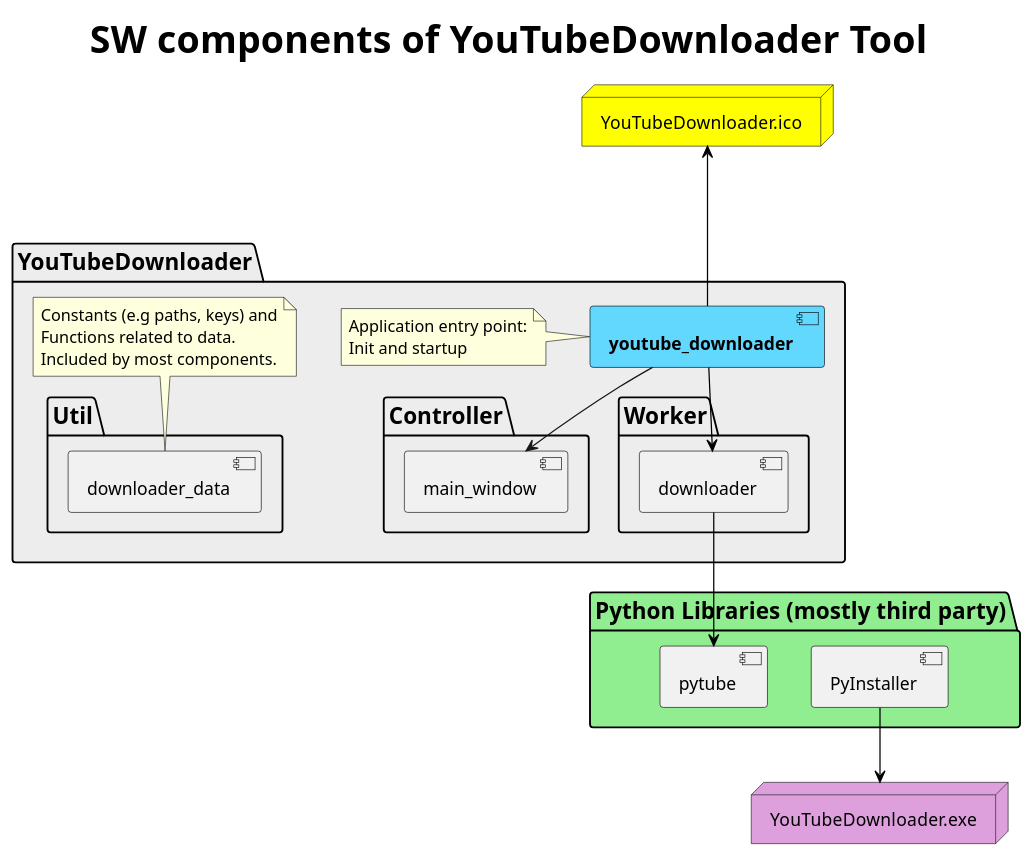
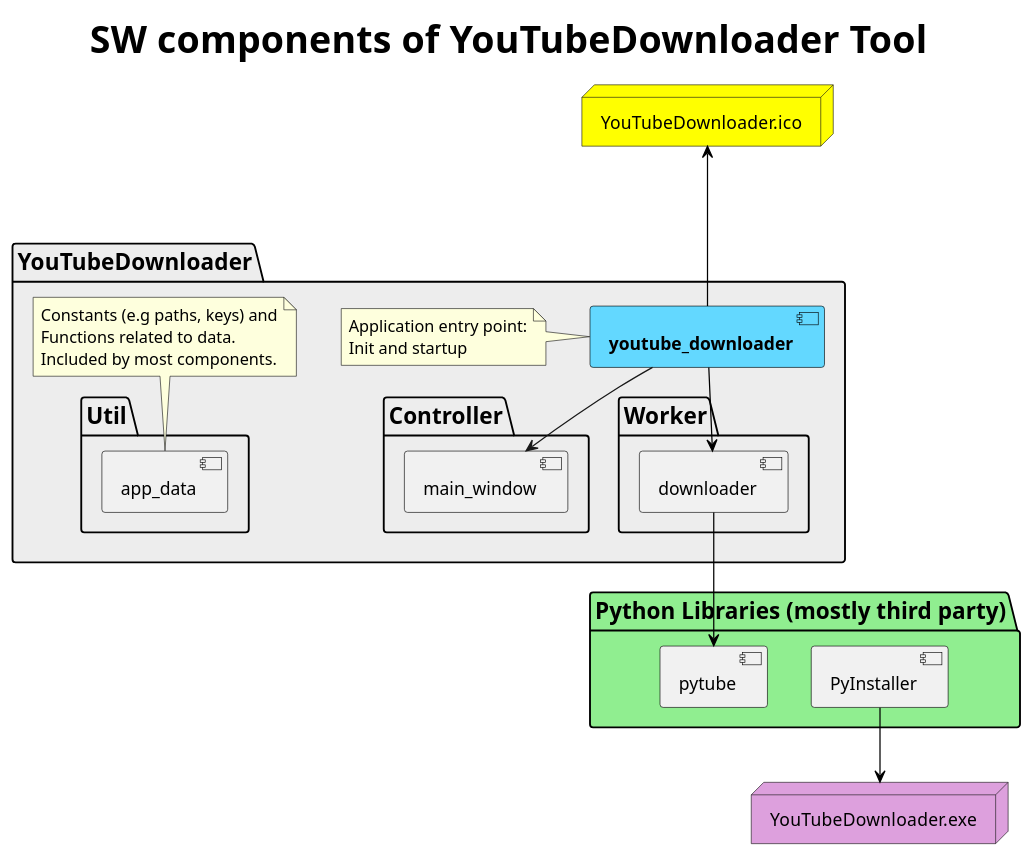
One commit to timounger/YouTubeDownloader changed the diagram in inline_umlgraph_svghtml.pu. Above: the diagram before and after it, drawn with PlantUML. The commit also changed 502 other files, not shown here.

```diff
--- a/inline_umlgraph_svghtml.pu
+++ b/inline_umlgraph_svghtml.pu
@@ -1,49 +1,49 @@
 @startuml cdYouTubeDownloaderSWComponents.svg
 skinparam titleFontSize 30
 skinparam titleFontStyle bold
 skinparam packageBorderColor black
 skinparam packageFontSize 18
 skinparam groupFontStyle bold
 skinparam componentBorderColor black
 skinparam interfaceBorderColor black
 skinparam CollectionsBorderColor black
 
 title SW components of YouTubeDownloader Tool
 
 node "YouTubeDownloader.ico" as icon #yellow
 
 package "YouTubeDownloader" as YtDl #ededed {
   component "**youtube_downloader**" as youtube_downloader #63d8ff
   note left of youtube_downloader
     Application entry point:
     Init and startup
   end note
   package "Controller" as controller {
     [main_window]
   }
   package "Util" as util {
-    [downloader_data] as data
+    [app_data] as data
   }
   note top of data
     Constants (e.g paths, keys) and
     Functions related to data.
     Included by most components.
   end note
   package "Worker" {
     [downloader]
   }
   [youtube_downloader] -d-> [main_window]
   [youtube_downloader] -[#black]u--> icon
 }
 
 node "YouTubeDownloader.exe" #plum
 
 package "Python Libraries (mostly third party)" #lightgreen {
  [PyInstaller]
  [pytube]
 }
 
 [youtube_downloader] -[#black]-> [downloader]
 [downloader] -[#black]-> [pytube]
 [PyInstaller] -[#black]d-> YouTubeDownloader.exe
 @enduml
```
